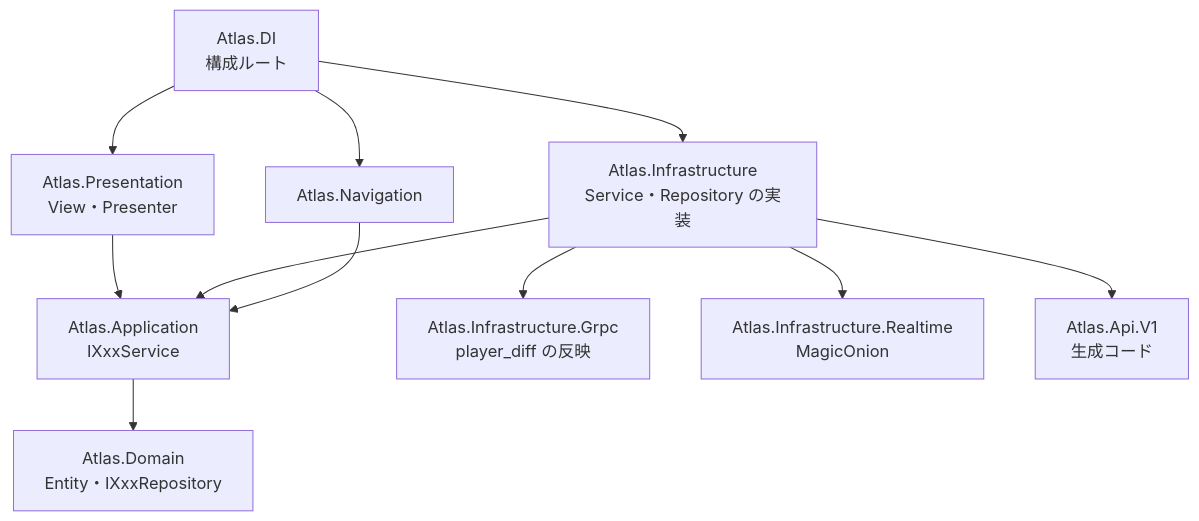
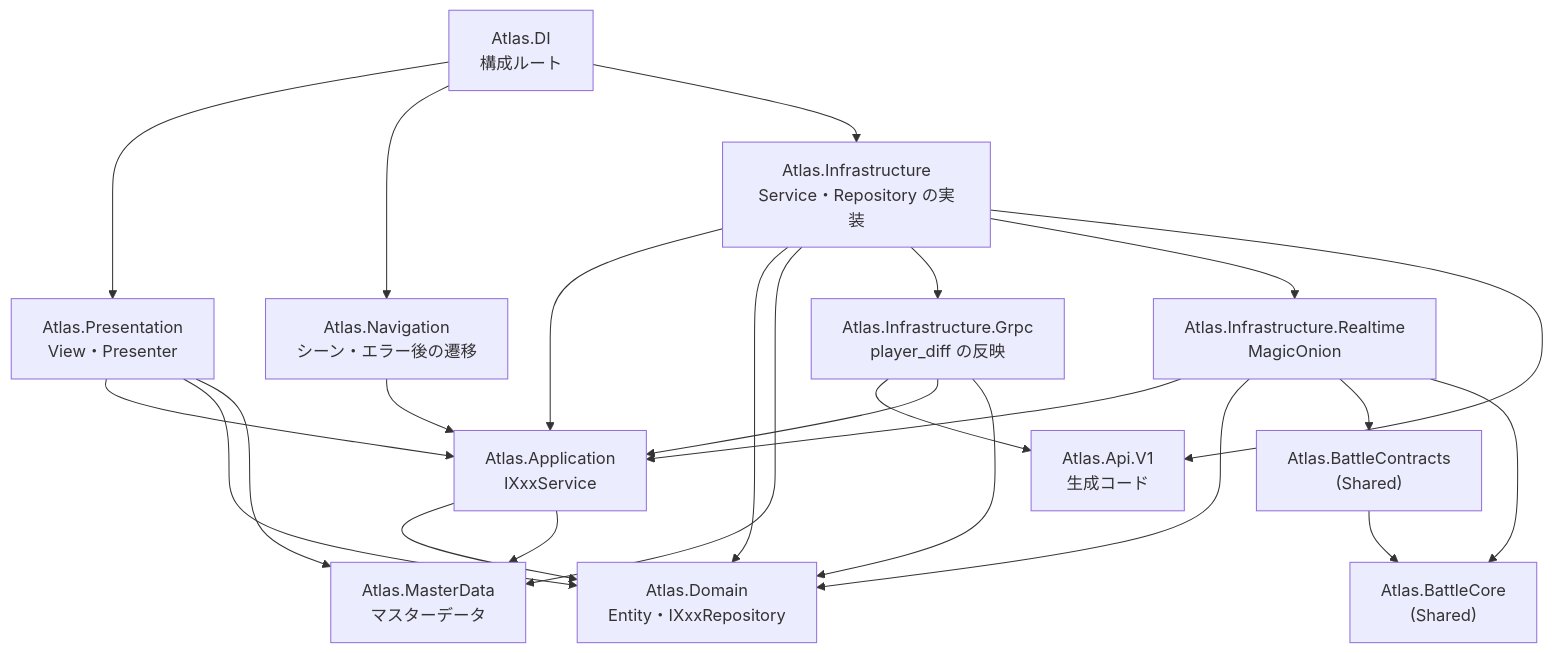
Before and after one commit to chinpanGX/Atlas: the diagram in docs/wiki/client/assemblies.md, drawn with Mermaid. The commit also changed other lines of this file and 70 other files, not shown here.

````diff
--- a/docs/wiki/client/assemblies.md
+++ b/docs/wiki/client/assemblies.md
@@ -15,13 +15,26 @@
 ```mermaid
 flowchart TD
     DI["Atlas.DI<br/>構成ルート"] --> Presentation["Atlas.Presentation<br/>View・Presenter"]
+    DI --> Navigation["Atlas.Navigation<br/>シーン・エラー後の遷移"]
     DI --> Infrastructure["Atlas.Infrastructure<br/>Service・Repository の実装"]
-    DI --> Navigation["Atlas.Navigation"]
     Presentation --> Application["Atlas.Application<br/>IXxxService"]
+    Presentation --> Domain
+    Presentation --> MasterData
+    Navigation --> Application
     Infrastructure --> Application
+    Infrastructure --> Domain
+    Infrastructure --> MasterData
     Infrastructure --> Grpc["Atlas.Infrastructure.Grpc<br/>player_diff の反映"]
     Infrastructure --> Realtime["Atlas.Infrastructure.Realtime<br/>MagicOnion"]
     Infrastructure --> Api["Atlas.Api.V1<br/>生成コード"]
-    Navigation --> Application
+    Grpc --> Api
+    Grpc --> Application
+    Grpc --> Domain
+    Realtime --> Application
+    Realtime --> Domain
+    Realtime --> Contracts["Atlas.BattleContracts<br/>(Shared)"]
+    Realtime --> Core["Atlas.BattleCore<br/>(Shared)"]
+    Contracts --> Core
     Application --> Domain["Atlas.Domain<br/>Entity・IXxxRepository"]
+    Application --> MasterData["Atlas.MasterData<br/>マスターデータ"]
 ```
````
